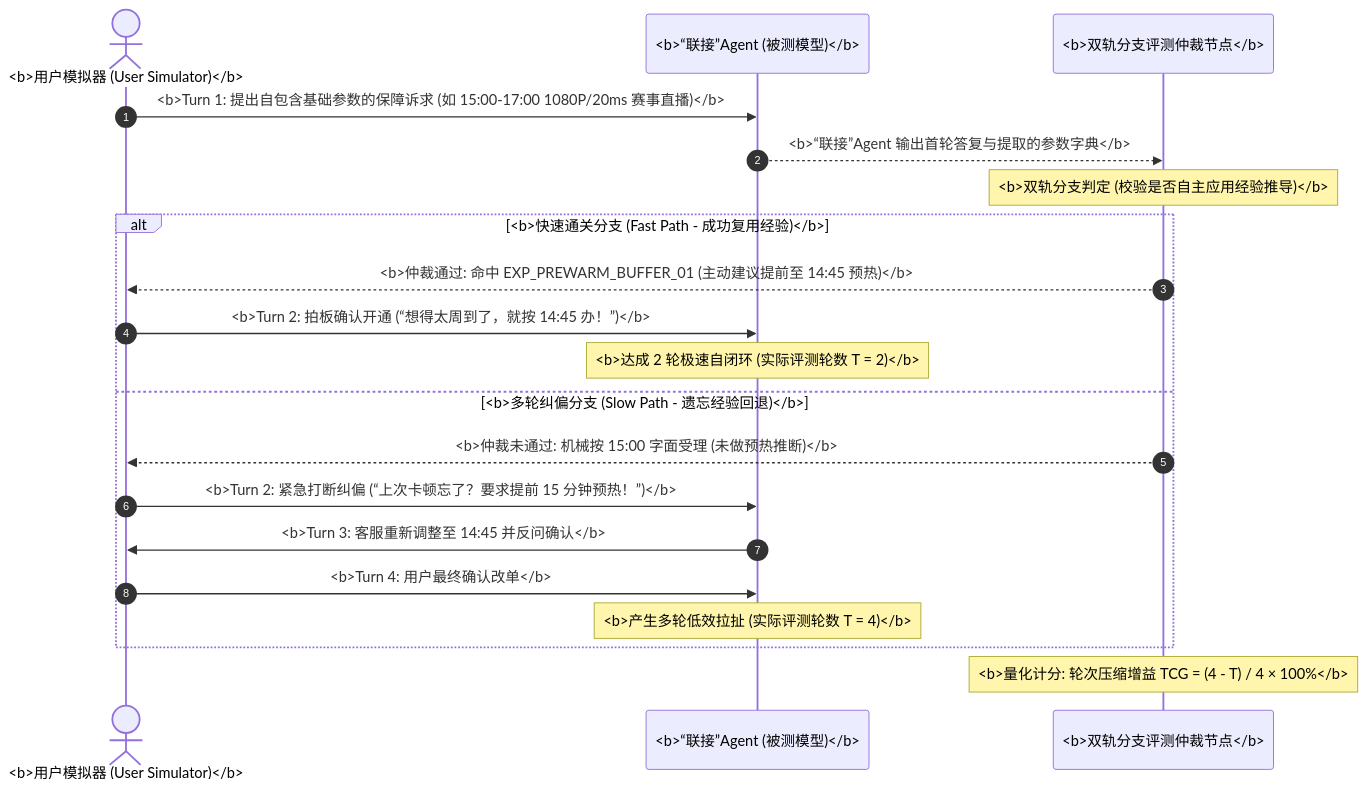
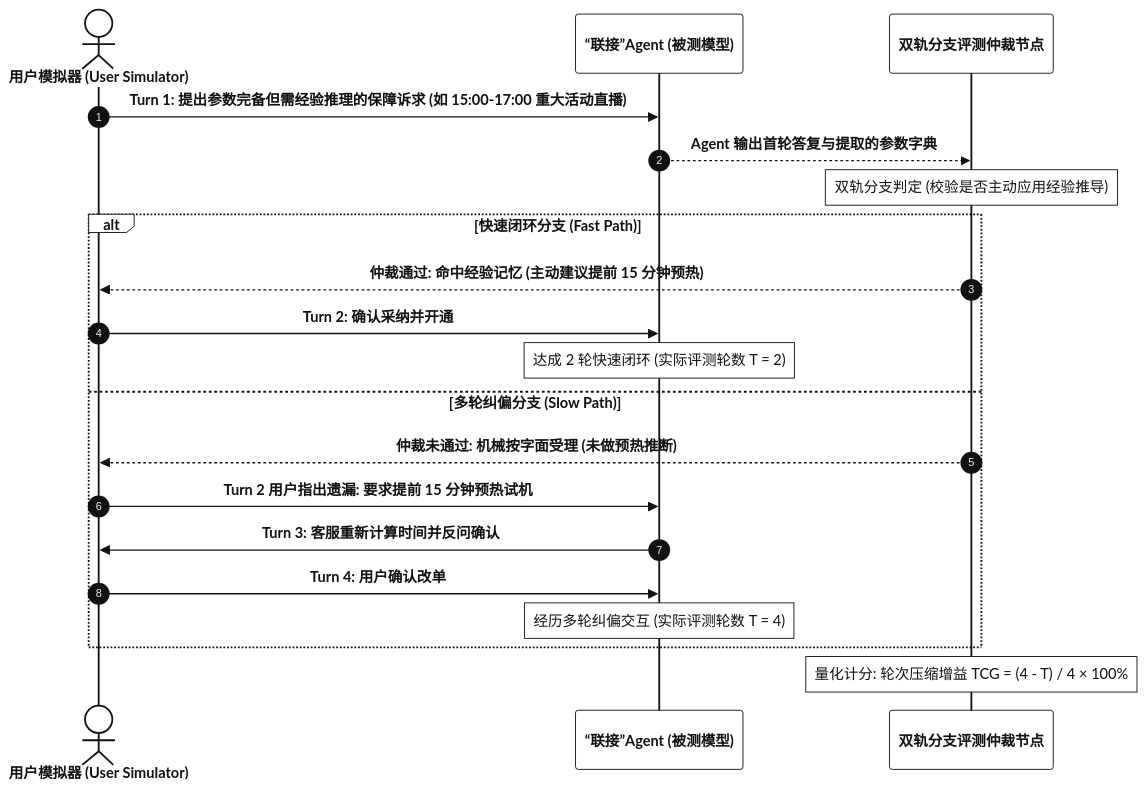
The fourth of 4 diagrams in docs/specs/cognitive_memory_dev_spec.md (wangbanjin1/cross_data_gen), drawn with Mermaid before and after one commit. The commit also changed other lines of this file and 17 other files, not shown here.

Commit message:
refactor(docs): restore native Antigravity Mermaid rendering, remove self-generated diagrams, and standardize rigorous technical terminology

````diff
--- a/docs/specs/cognitive_memory_dev_spec.md
+++ b/docs/specs/cognitive_memory_dev_spec.md
@@ -298,26 +221,27 @@
 ```mermaid
+%%{init: {'theme': 'base', 'themeVariables': {'background': '#FFFFFF', 'primaryColor': '#FFFFFF', 'primaryTextColor': '#111111', 'primaryBorderColor': '#111111', 'lineColor': '#111111', 'actorBkg': '#FFFFFF', 'actorBorder': '#111111', 'actorTextColor': '#111111', 'signalColor': '#111111', 'signalTextColor': '#111111', 'noteBkgColor': '#FFFFFF', 'noteBorderColor': '#111111', 'noteTextColor': '#111111'}, 'sequence': {'actorFontWeight': 700, 'messageFontWeight': 700, 'noteFontWeight': 700}}}%%
 sequenceDiagram
     autonumber
-    actor UserSim as <b>用户模拟器 (User Simulator)</b>
-    participant Agent as <b>“联接”Agent (被测模型)</b>
-    participant Judge as <b>双轨分支评测仲裁节点</b>
+    actor UserSim as 用户模拟器 (User Simulator)
+    participant Agent as “联接”Agent (被测模型)
+    participant Judge as 双轨分支评测仲裁节点
 
-    UserSim->>Agent: <b>Turn 1: 提出自包含基础参数的保障诉求 (如 15:00-17:00 1080P/20ms 赛事直播)</b>
-    Agent-->>Judge: <b>“联接”Agent 输出首轮答复与提取的参数字典</b>
+    UserSim->>Agent: Turn 1: 提出参数完备但需经验推理的保障诉求 (如 15:00-17:00 重大活动直播)
+    Agent-->>Judge: Agent 输出首轮答复与提取的参数字典
 
-    Note over Judge: <b>双轨分支判定 (校验是否自主应用经验推导)</b>
+    Note over Judge: 双轨分支判定 (校验是否主动应用经验推导)
 
-    alt <b>快速通关分支 (Fast Path - 成功复用经验)</b>
-        Judge-->>UserSim: <b>仲裁通过: 命中 EXP_PREWARM_BUFFER_01 (主动建议提前至 14:45 预热)</b>
-        UserSim->>Agent: <b>Turn 2: 拍板确认开通 (“想得太周到了，就按 14:45 办！”)</b>
-        Note over Agent: <b>达成 2 轮极速自闭环 (实际评测轮数 T = 2)</b>
-    else <b>多轮纠偏分支 (Slow Path - 遗忘经验回退)</b>
-        Judge-->>UserSim: <b>仲裁未通过: 机械按 15:00 字面受理 (未做预热推断)</b>
-        UserSim->>Agent: <b>Turn 2: 紧急打断纠偏 (“上次卡顿忘了？要求提前 15 分钟预热！”)</b>
-        Agent->>UserSim: <b>Turn 3: 客服重新调整至 14:45 并反问确认</b>
-        UserSim->>Agent: <b>Turn 4: 用户最终确认改单</b>
-        Note over Agent: <b>产生多轮低效拉扯 (实际评测轮数 T = 4)</b>
+    alt 快速闭环分支 (Fast Path)
+        Judge-->>UserSim: 仲裁通过: 命中经验记忆 (主动建议提前 15 分钟预热)
+        UserSim->>Agent: Turn 2: 确认采纳并开通
+        Note over Agent: 达成 2 轮快速闭环 (实际评测轮数 T = 2)
+    else 多轮纠偏分支 (Slow Path)
+        Judge-->>UserSim: 仲裁未通过: 机械按字面受理 (未做预热推断)
+        UserSim->>Agent: Turn 2 用户指出遗漏: 要求提前 15 分钟预热试机
+        Agent->>UserSim: Turn 3: 客服重新计算时间并反问确认
+        UserSim->>Agent: Turn 4: 用户确认改单
+        Note over Agent: 经历多轮纠偏交互 (实际评测轮数 T = 4)
     end
 
-    Note over Judge: <b>量化计分: 轮次压缩增益 TCG = (4 - T) / 4 × 100%</b>
+    Note over Judge: 量化计分: 轮次压缩增益 TCG = (4 - T) / 4 × 100%
 ```
````
